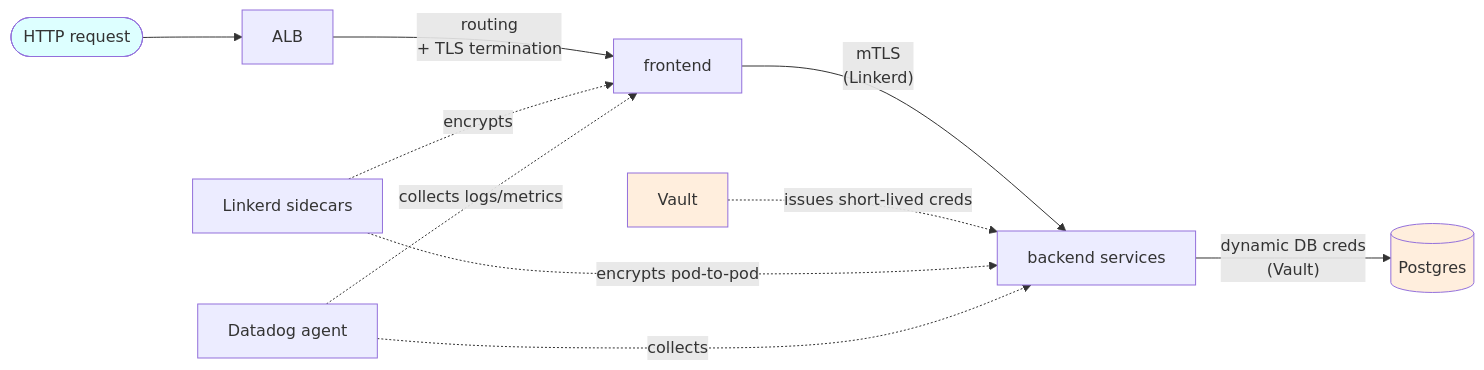
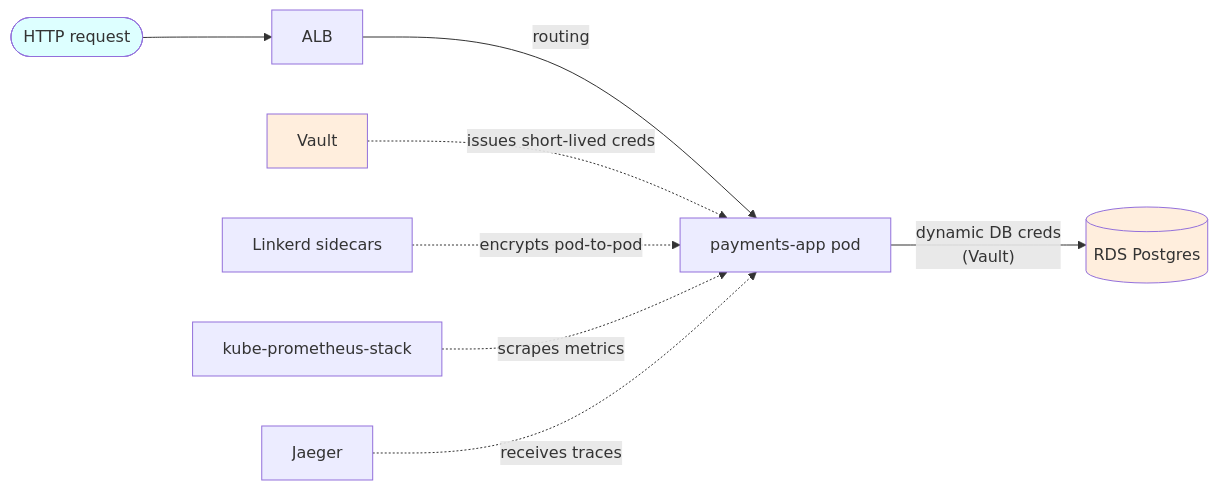
The fifth of 11 diagrams in docs/runbooks/cluster-lifecycle.md (dungxtd/terragrunt-stacks), drawn with Mermaid before and after one commit. The commit also changed other lines of this file, not shown here.

First line of the commit message:
docs: refresh runbook diagrams for trimmed payments-app

````diff
--- a/docs/runbooks/cluster-lifecycle.md
+++ b/docs/runbooks/cluster-lifecycle.md
@@ -432,17 +418,15 @@
 ```mermaid
 flowchart LR
     Req([HTTP request]) --> ALB
-    ALB -->|"routing<br/>+ TLS termination"| FE[frontend]
-    FE -->|"mTLS<br/>(Linkerd)"| API[backend services]
-    API -->|"dynamic DB creds<br/>(Vault)"| DB[(Postgres)]
+    ALB -->|"routing"| APP[payments-app pod]
+    APP -->|"dynamic DB creds<br/>(Vault)"| DB[(RDS Postgres)]
 
-    Vault[Vault] -.issues short-lived creds.-> API
-    Linkerd[Linkerd sidecars] -.encrypts pod-to-pod.-> API
-    Linkerd -.encrypts.-> FE
-    Datadog[Datadog agent] -.collects logs/metrics.-> FE
-    Datadog -.collects.-> API
+    Vault[Vault] -.issues short-lived creds.-> APP
+    Linkerd[Linkerd sidecars] -.encrypts pod-to-pod.-> APP
+    PROM[kube-prometheus-stack] -.scrapes metrics.-> APP
+    JG[Jaeger] -.receives traces.-> APP
 
     style Req fill:#dff
     style DB fill:#fed
     style Vault fill:#fed
 ```
````
